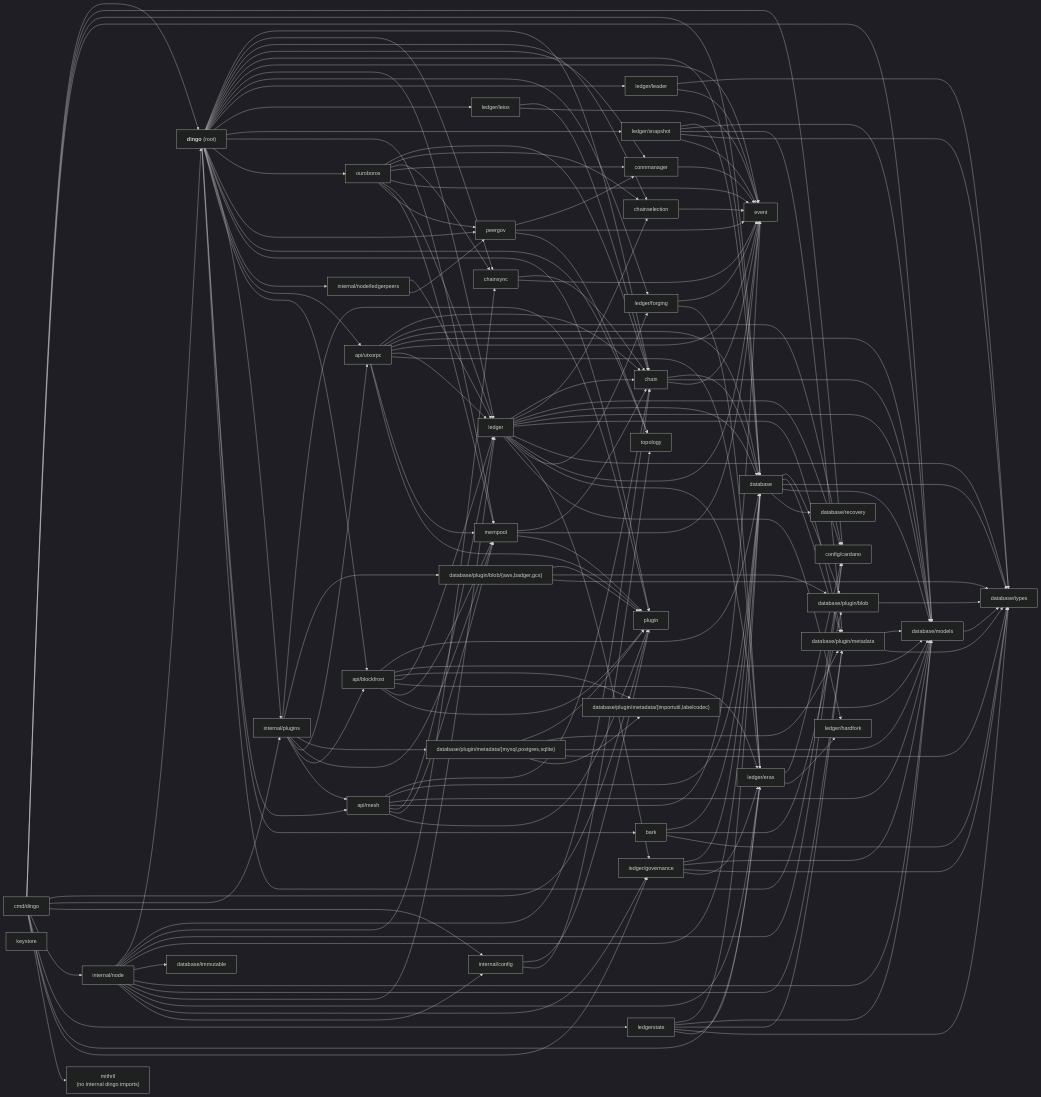
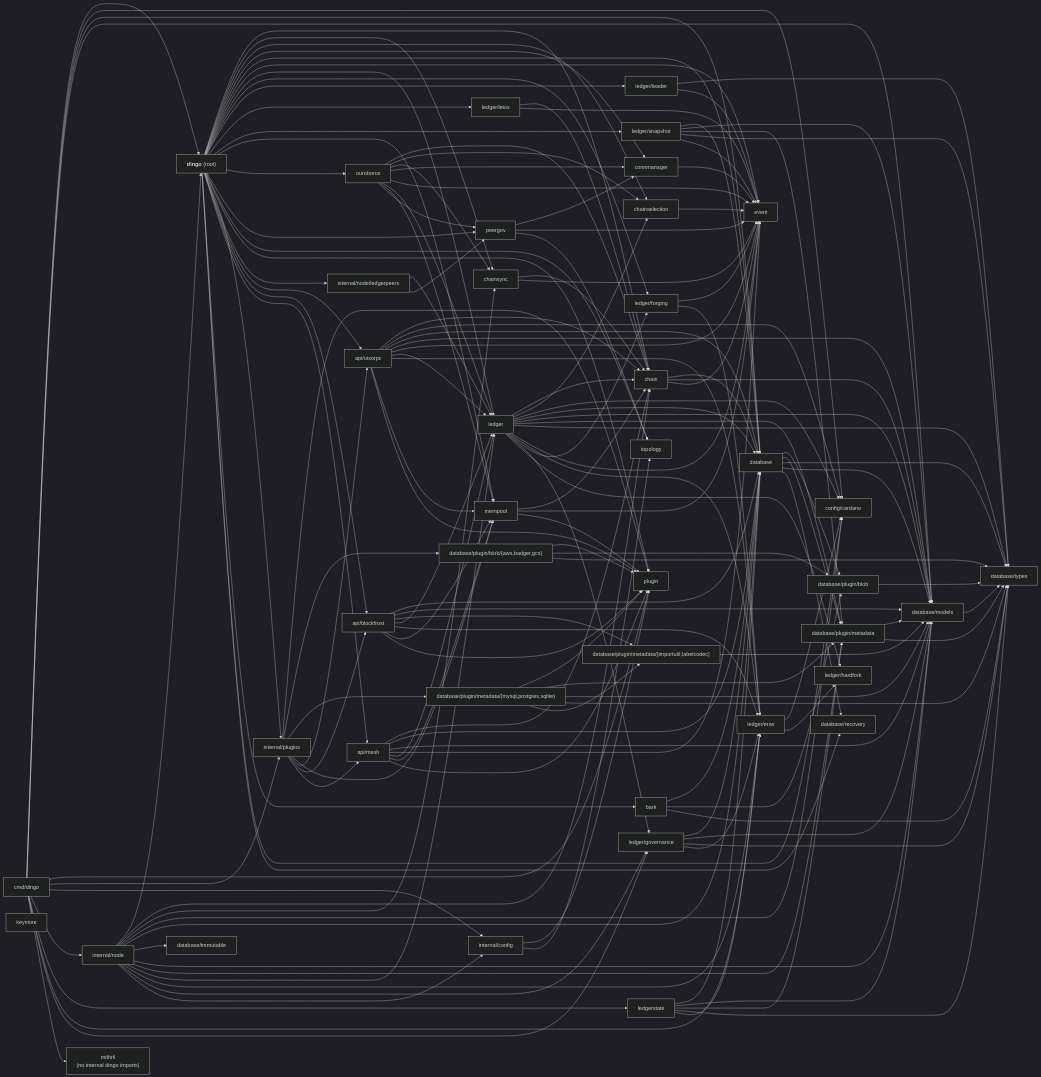
One commit to blinklabs-io/dingo changed the second of 5 diagrams in ARCHITECTURE.md. Above: the diagram before and after it, drawn with Mermaid (dark theme). The commit also changed 15 other files, not shown here.

```diff
--- a/ARCHITECTURE.md
+++ b/ARCHITECTURE.md
@@ -236,6 +236,7 @@
     ledger_snapshot --> db & db_models & db_meta & db_types & ev
 
     mempool --> chain & ev & plugin
+    root --> db_recovery
 
     db --> db_blob & db_meta & db_types & db_models & db_recovery
     db_blob --> db_types
```
